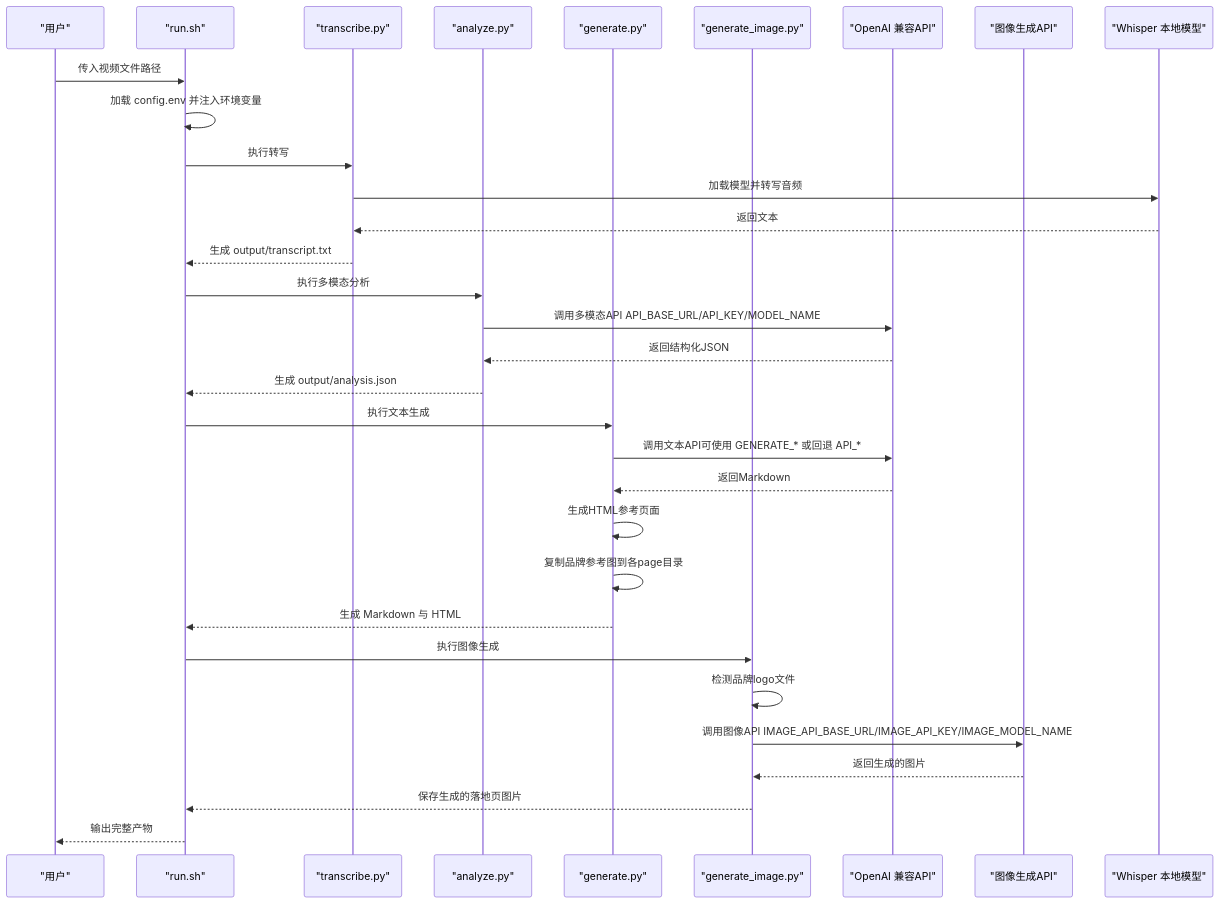
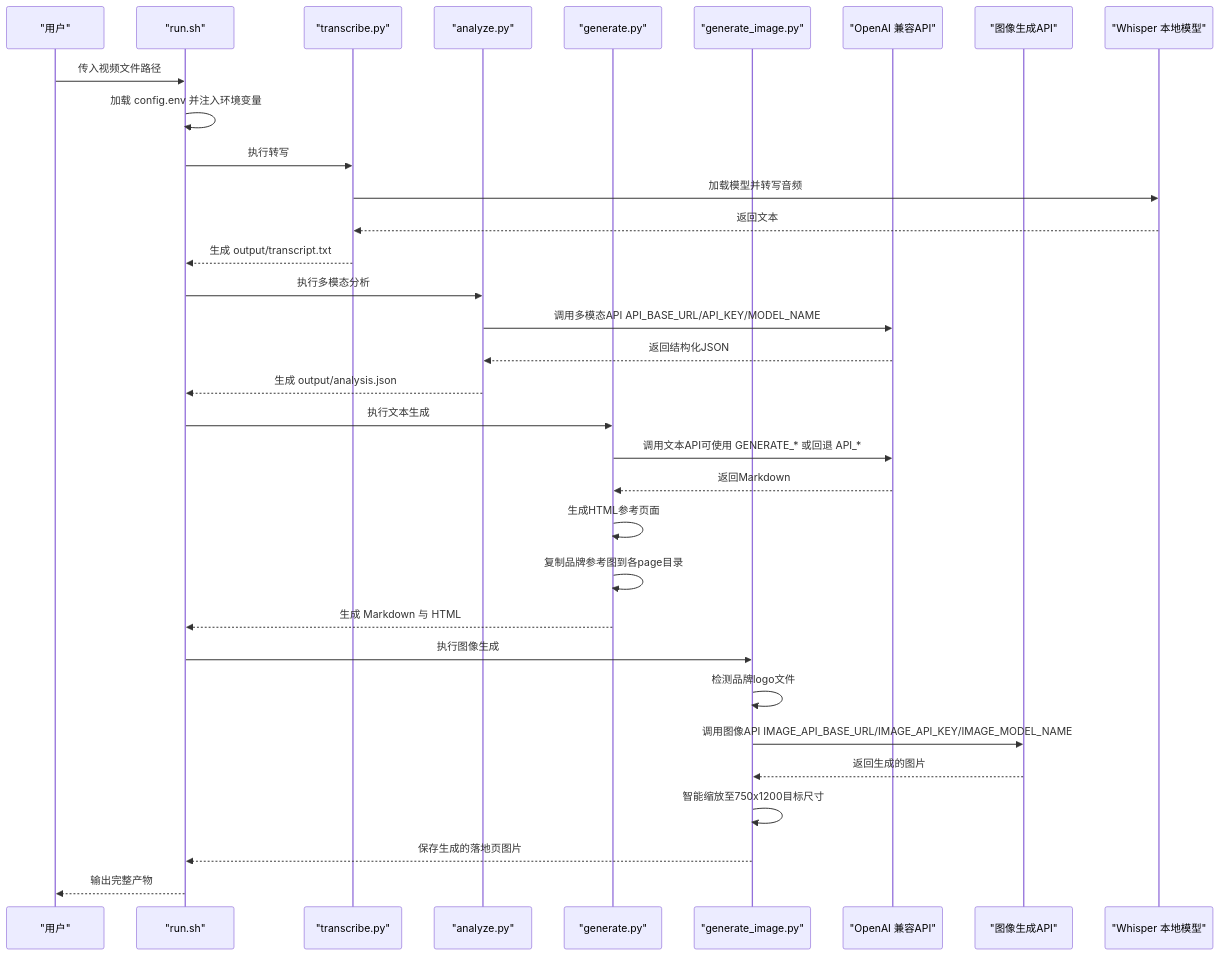
One commit to WongMingJiu/landingpage-test-hero-page changed the second of 7 diagrams in .qoder/repowiki/zh/content/配置和定制/API配置.md. Above: the diagram before and after it, drawn with Mermaid. The commit also changed other lines of this file and 12 other files, not shown here.

````diff
--- a/.qoder/repowiki/zh/content/配置和定制/API配置.md
+++ b/.qoder/repowiki/zh/content/配置和定制/API配置.md
@@ -168,34 +175,35 @@
 ```mermaid
 sequenceDiagram
 participant U as "用户"
 participant SH as "run.sh"
 participant TR as "transcribe.py"
 participant AN as "analyze.py"
 participant GE as "generate.py"
 participant GI as "generate_image.py"
 participant OA as "OpenAI 兼容API"
 participant IA as "图像生成API"
 participant WH as "Whisper 本地模型"
 U->>SH : 传入视频文件路径
 SH->>SH : 加载 config.env 并注入环境变量
 SH->>TR : 执行转写
 TR->>WH : 加载模型并转写音频
 WH-->>TR : 返回文本
 TR-->>SH : 生成 output/transcript.txt
 SH->>AN : 执行多模态分析
 AN->>OA : 调用多模态API API_BASE_URL/API_KEY/MODEL_NAME
 OA-->>AN : 返回结构化JSON
 AN-->>SH : 生成 output/analysis.json
 SH->>GE : 执行文本生成
 GE->>OA : 调用文本API可使用 GENERATE_* 或回退 API_*
 OA-->>GE : 返回Markdown
 GE->>GE : 生成HTML参考页面
 GE->>GE : 复制品牌参考图到各page目录
 GE-->>SH : 生成 Markdown 与 HTML
 SH->>GI : 执行图像生成
 GI->>GI : 检测品牌logo文件
 GI->>IA : 调用图像API IMAGE_API_BASE_URL/IMAGE_API_KEY/IMAGE_MODEL_NAME
 IA-->>GI : 返回生成的图片
+GI->>GI : 智能缩放至750x1200目标尺寸
 GI-->>SH : 保存生成的落地页图片
 SH-->>U : 输出完整产物
 ```
````
